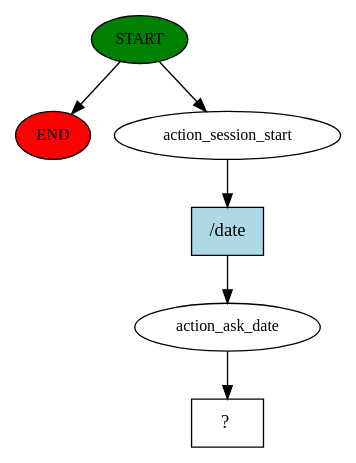
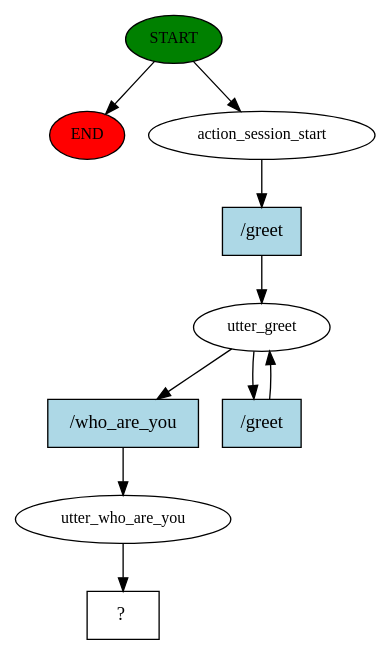
Before and after one commit to Syun1208/smart-menu-application: the diagram in story_graph.dot, drawn with Graphviz. The commit also changed 8 other files, not shown here.

```diff
--- a/story_graph.dot
+++ b/story_graph.dot
@@ -1,13 +1,20 @@
 digraph  {
 0 [class="start active", fillcolor=green, fontsize=12, label=START, style=filled];
 "-1" [class=end, fillcolor=red, fontsize=12, label=END, style=filled];
 1 [class=active, fontsize=12, label=action_session_start];
-2 [class=active, fontsize=12, label=action_ask_date];
-3 [class="intent dashed active", label="  ?  ", shape=rect];
-4 [class="intent active", fillcolor=lightblue, label="/date", shape=rect, style=filled];
+2 [class=active, fontsize=12, label=utter_greet];
+4 [class=active, fontsize=12, label=utter_who_are_you];
+5 [class="intent dashed active", label="  ?  ", shape=rect];
+6 [class="intent active", fillcolor=lightblue, label="/greet", shape=rect, style=filled];
+7 [class="intent active", fillcolor=lightblue, label="/who_are_you", shape=rect, style=filled];
+8 [class="intent active", fillcolor=lightblue, label="/greet", shape=rect, style=filled];
 0 -> "-1"  [class="", key=NONE, label=""];
 0 -> 1  [class=active, key=NONE, label=""];
-1 -> 4  [class=active, key=0];
-2 -> 3  [class=active, key=NONE, label=""];
-4 -> 2  [class=active, key=0];
+1 -> 6  [class=active, key=0];
+2 -> 7  [class=active, key=0];
+2 -> 8  [class=active, key=0];
+4 -> 5  [class=active, key=NONE, label=""];
+6 -> 2  [class=active, key=0];
+7 -> 4  [class=active, key=0];
+8 -> 2  [class=active, key=0];
 }
```
